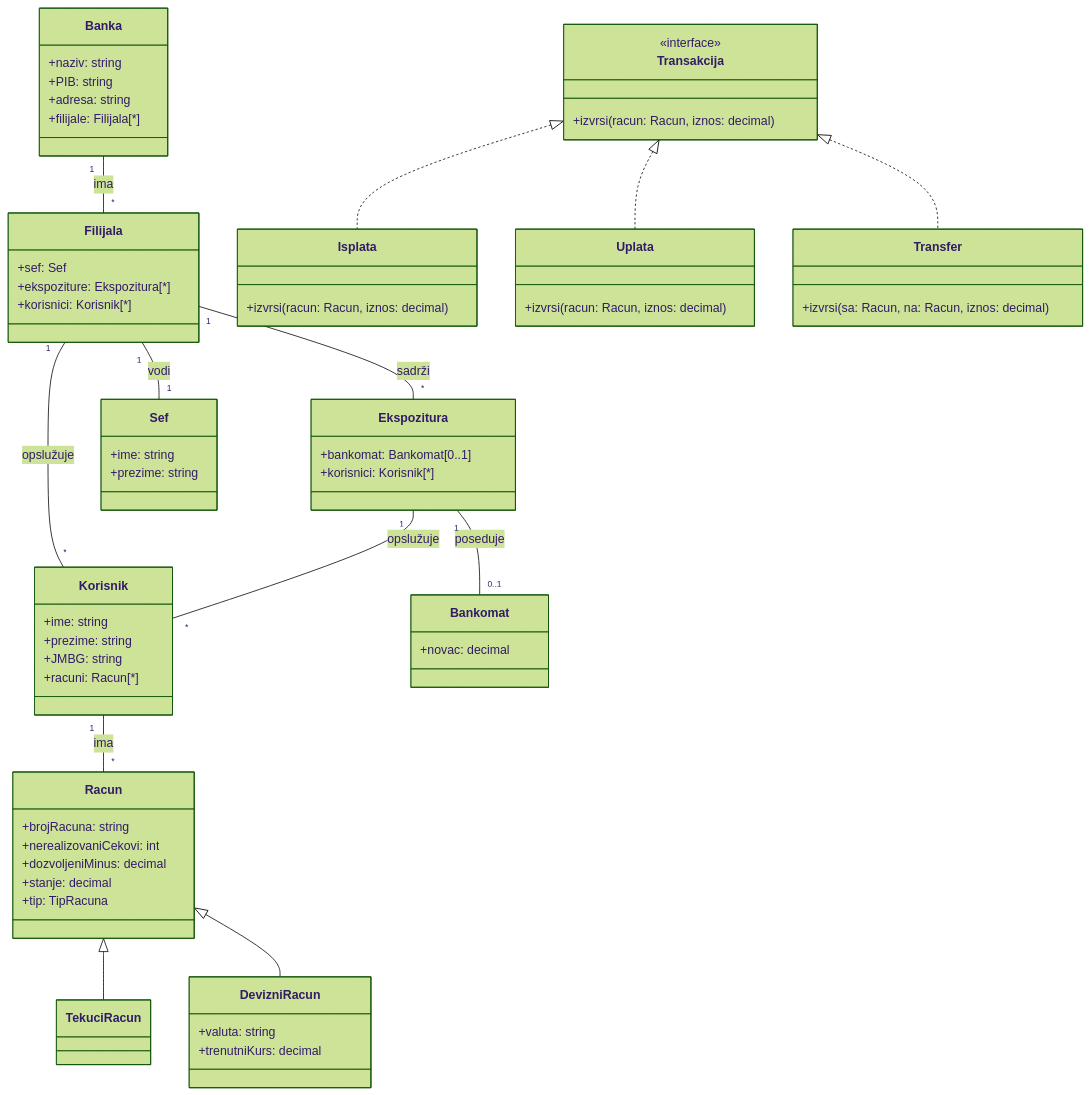
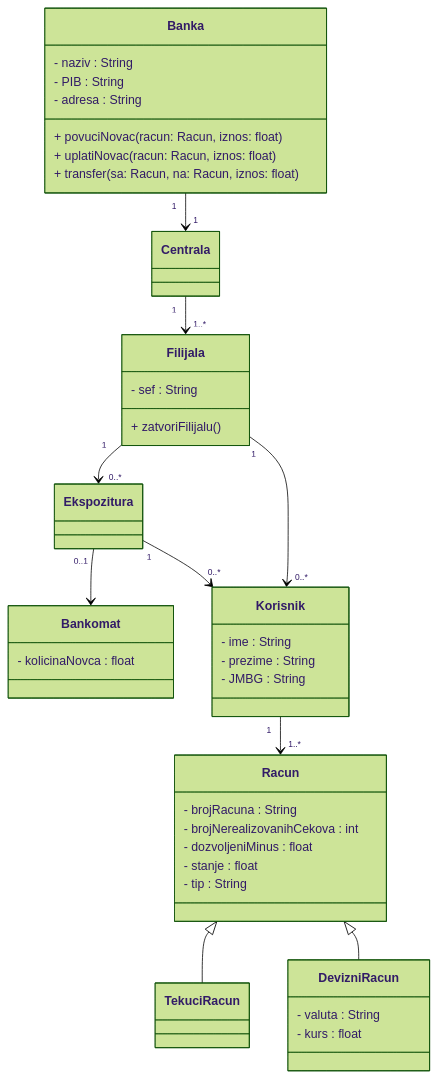
One commit to lazarevicOgnjen/II-godina changed the diagram in oopj/UML/septembar-2024.md. Above: the diagram before and after it, drawn with Mermaid (forest theme).

````diff
--- a/oopj/UML/septembar-2024.md
+++ b/oopj/UML/septembar-2024.md
@@ -3,84 +3,59 @@
 ```mermaid
 classDiagram
-    direction TB
+    class Banka {
+        - naziv : String
+        - PIB : String
+        - adresa : String
+        + povuciNovac(racun: Racun, iznos: float)
+        + uplatiNovac(racun: Racun, iznos: float)
+        + transfer(sa: Racun, na: Racun, iznos: float)
+    }
 
-    class Banka {
-        +naziv: string
-        +PIB: string
-        +adresa: string
-        +filijale: Filijala[*]
+    class Centrala {
     }
 
     class Filijala {
-        +sef: Sef
-        +ekspoziture: Ekspozitura[*]
-        +korisnici: Korisnik[*]
+        - sef : String
+        + zatvoriFilijalu()
     }
 
     class Ekspozitura {
-        +bankomat: Bankomat[0..1]
-        +korisnici: Korisnik[*]
+    }
+
+    class Bankomat {
+        - kolicinaNovca : float
     }
 
     class Korisnik {
-        +ime: string
-        +prezime: string
-        +JMBG: string
-        +racuni: Racun[*]
+        - ime : String
+        - prezime : String
+        - JMBG : String
     }
 
     class Racun {
-        +brojRacuna: string
-        +nerealizovaniCekovi: int
-        +dozvoljeniMinus: decimal
-        +stanje: decimal
-        +tip: TipRacuna
+        - brojRacuna : String
+        - brojNerealizovanihCekova : int
+        - dozvoljeniMinus : float
+        - stanje : float
+        - tip : String
     }
 
     class TekuciRacun {
     }
 
     class DevizniRacun {
-        +valuta: string
-        +trenutniKurs: decimal
+        - valuta : String
+        - kurs : float
     }
 
-    class Bankomat {
-        +novac: decimal
-    }
-
-    class Sef {
-        +ime: string
-        +prezime: string
-    }
-
-    class Transakcija {
-        <<interface>>
-        +izvrsi(racun: Racun, iznos: decimal)
-    }
-
-    class Isplata {
-        +izvrsi(racun: Racun, iznos: decimal)
-    }
-
-    class Uplata {
-        +izvrsi(racun: Racun, iznos: decimal)
-    }
-
-    class Transfer {
-        +izvrsi(sa: Racun, na: Racun, iznos: decimal)
-    }
-
-    Banka "1" -- "*" Filijala : ima
-    Filijala "1" -- "*" Ekspozitura : sadrži
-    Filijala "1" -- "1" Sef : vodi
-    Filijala "1" -- "*" Korisnik : opslužuje
-    Ekspozitura "1" -- "*" Korisnik : opslužuje
-    Ekspozitura "1" -- "0..1" Bankomat : poseduje
-    Korisnik "1" -- "*" Racun : ima
+    Banka "1" --> "1" Centrala
+    Centrala "1" --> "1..*" Filijala
+    Filijala "1" --> "0..*" Ekspozitura
+    Ekspozitura "0..1" --> Bankomat
+    Filijala "1" --> "0..*" Korisnik
+    Ekspozitura "1" --> "0..*" Korisnik
+    Korisnik "1" --> "1..*" Racun
     Racun <|-- TekuciRacun
     Racun <|-- DevizniRacun
-    Transakcija <|.. Isplata
-    Transakcija <|.. Uplata
-    Transakcija <|.. Transfer
+
 ```
````
